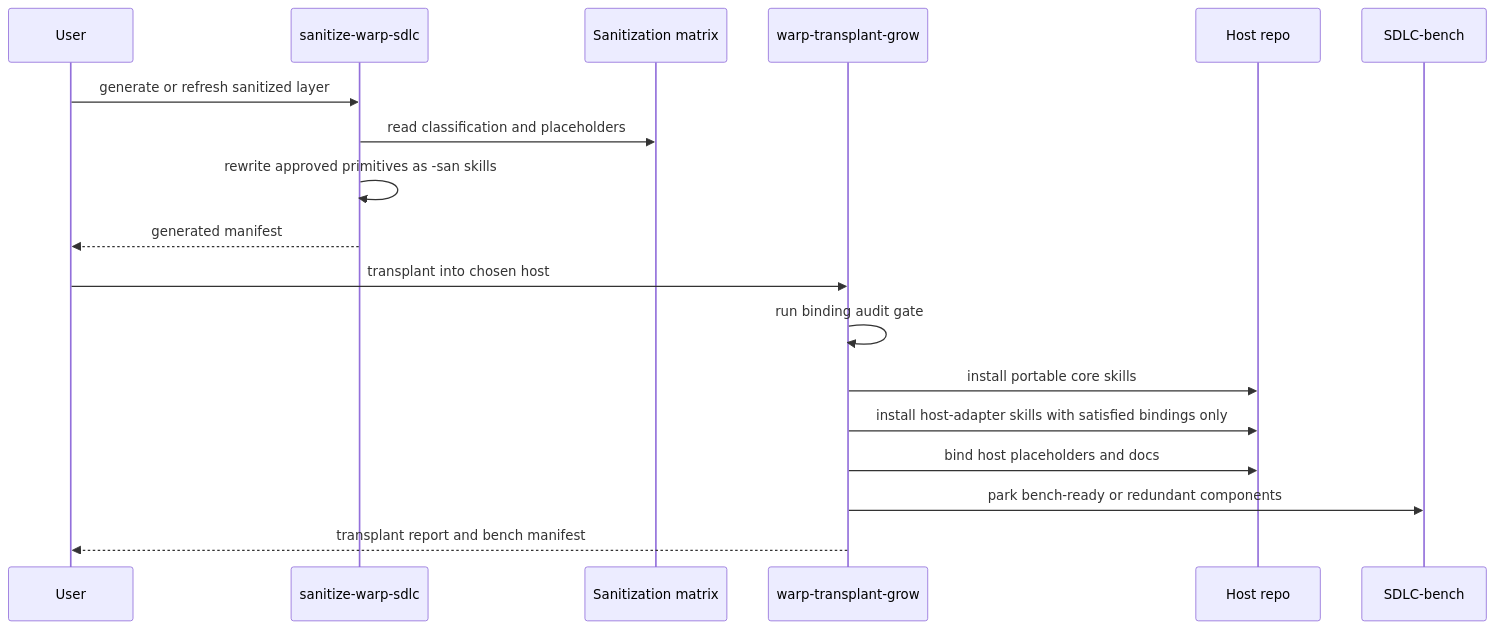
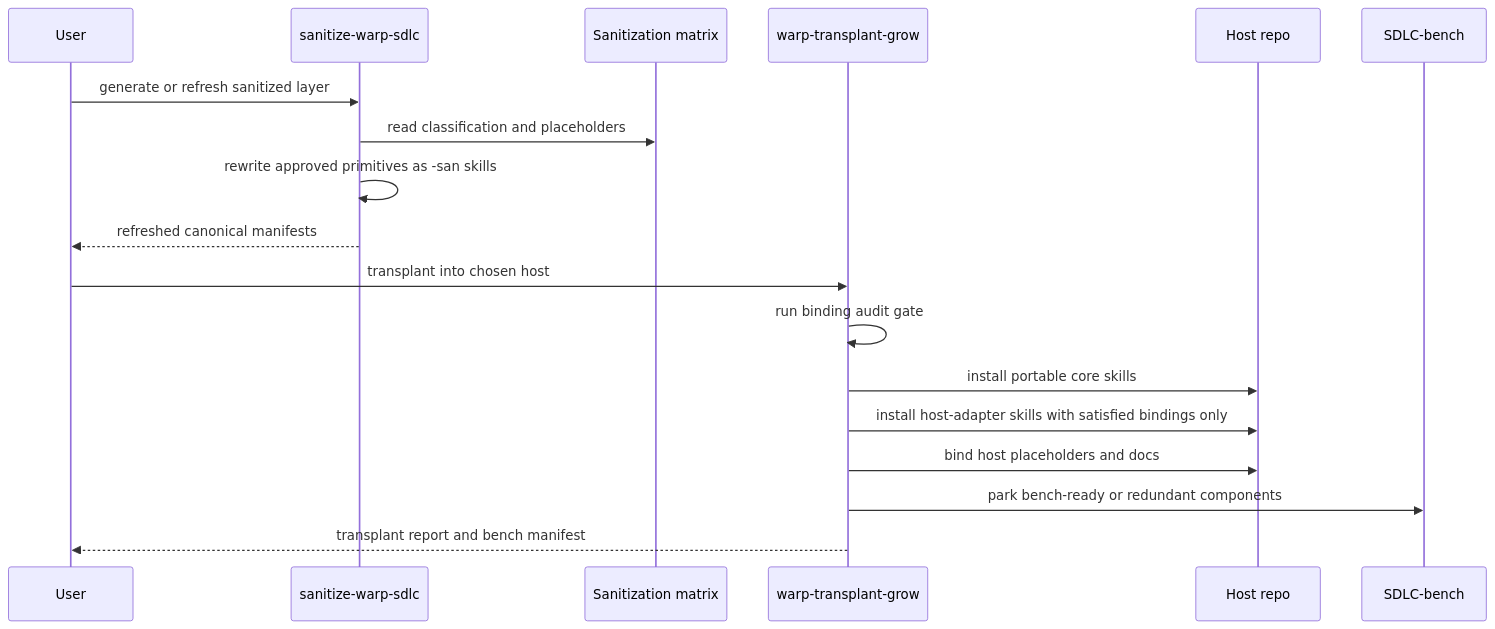
Before and after one commit to JinkzEvol/WarpSDLC: the second of 2 diagrams in docs/warp-sdlc/genesis-design-packet.md, drawn with Mermaid. The commit also changed 6 other files, not shown here.

First line of the commit message:
chore: remove generated san manifest artifact

````diff
--- a/docs/warp-sdlc/genesis-design-packet.md
+++ b/docs/warp-sdlc/genesis-design-packet.md
@@ -28,21 +28,21 @@
 ```mermaid
 sequenceDiagram
     participant U as User
     participant S as sanitize-warp-sdlc
     participant M as Sanitization matrix
     participant T as warp-transplant-grow
     participant H as Host repo
     participant B as SDLC-bench
 
     U->>S: generate or refresh sanitized layer
     S->>M: read classification and placeholders
     S->>S: rewrite approved primitives as -san skills
-    S-->>U: generated manifest
+    S-->>U: refreshed canonical manifests
     U->>T: transplant into chosen host
     T->>T: run binding audit gate
     T->>H: install portable core skills
     T->>H: install host-adapter skills with satisfied bindings only
     T->>H: bind host placeholders and docs
     T->>B: park bench-ready or redundant components
     T-->>U: transplant report and bench manifest
 ```
````
